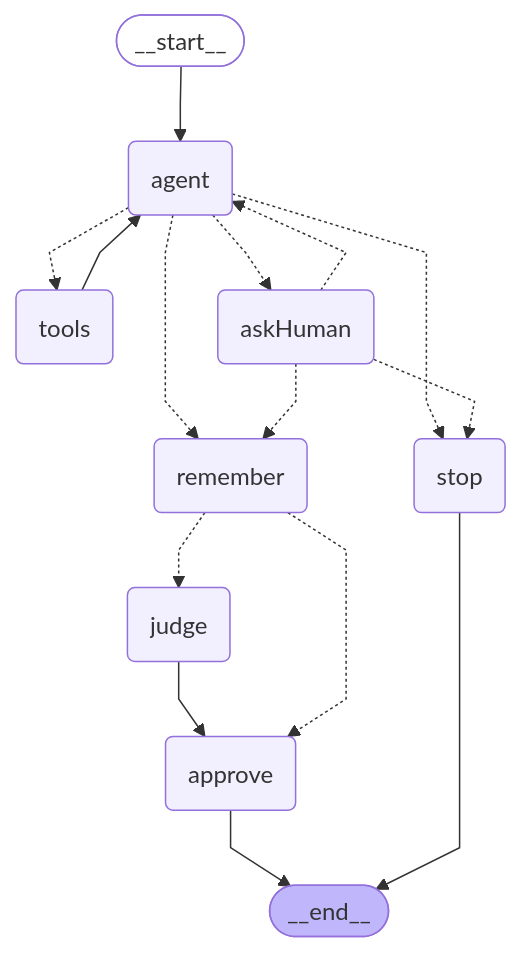
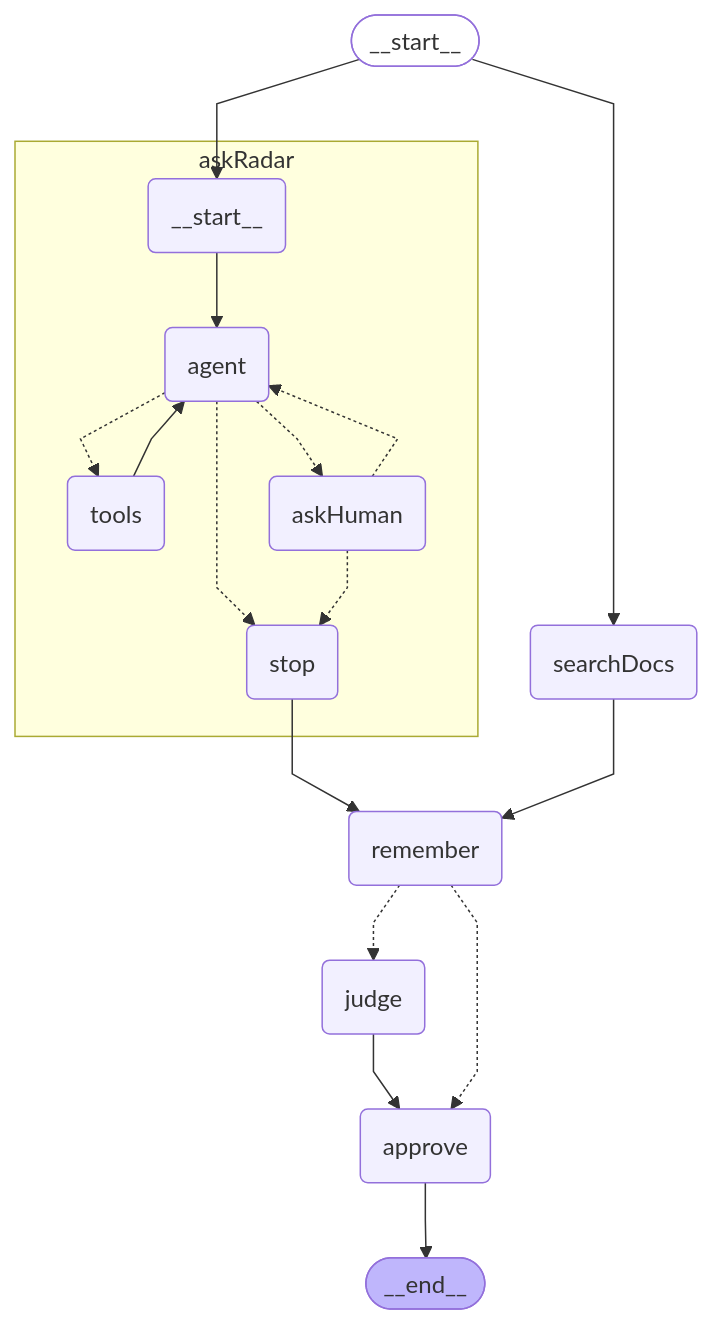
Before and after one commit to mwmw7/airforce-agentic-ai: the diagram in docs/graphs/agent.md, drawn with Mermaid. The commit also changed other lines of this file and 10 other files, not shown here.

````diff
--- a/docs/graphs/agent.md
+++ b/docs/graphs/agent.md
@@ -3,31 +3,36 @@
 ```mermaid
 %%{init: {'flowchart': {'curve': 'linear'}}}%%
 graph TD;
 	__start__([<p>__start__</p>]):::first
-	agent(agent)
-	tools(tools)
-	askHuman(askHuman)
+	searchDocs(searchDocs)
+	askRadar___start__(<p>__start__</p>)
+	askRadar_agent(agent)
+	askRadar_tools(tools)
+	askRadar_askHuman(askHuman)
+	askRadar_stop(stop)
 	remember(remember)
 	judge(judge)
 	approve(approve)
-	stop(stop)
 	__end__([<p>__end__</p>]):::last
-	__start__ --> agent;
+	__start__ --> searchDocs;
+	__start__ --> askRadar___start__;
 	approve --> __end__;
+	askRadar_stop --> remember;
 	judge --> approve;
-	stop --> __end__;
-	tools --> agent;
-	agent -.-> tools;
-	agent -.-> remember;
-	agent -.-> stop;
-	agent -.-> askHuman;
-	askHuman -.-> agent;
-	askHuman -.-> remember;
-	askHuman -.-> stop;
+	searchDocs --> remember;
 	remember -.-> judge;
 	remember -.-> approve;
+	subgraph askRadar
+	askRadar___start__ --> askRadar_agent;
+	askRadar_tools --> askRadar_agent;
+	askRadar_agent -.-> askRadar_tools;
+	askRadar_agent -.-> askRadar_stop;
+	askRadar_agent -.-> askRadar_askHuman;
+	askRadar_askHuman -.-> askRadar_agent;
+	askRadar_askHuman -.-> askRadar_stop;
+	end
 	classDef default fill:#f2f0ff,line-height:1.2;
 	classDef first fill-opacity:0;
 	classDef last fill:#bfb6fc;
 
 ```
````
